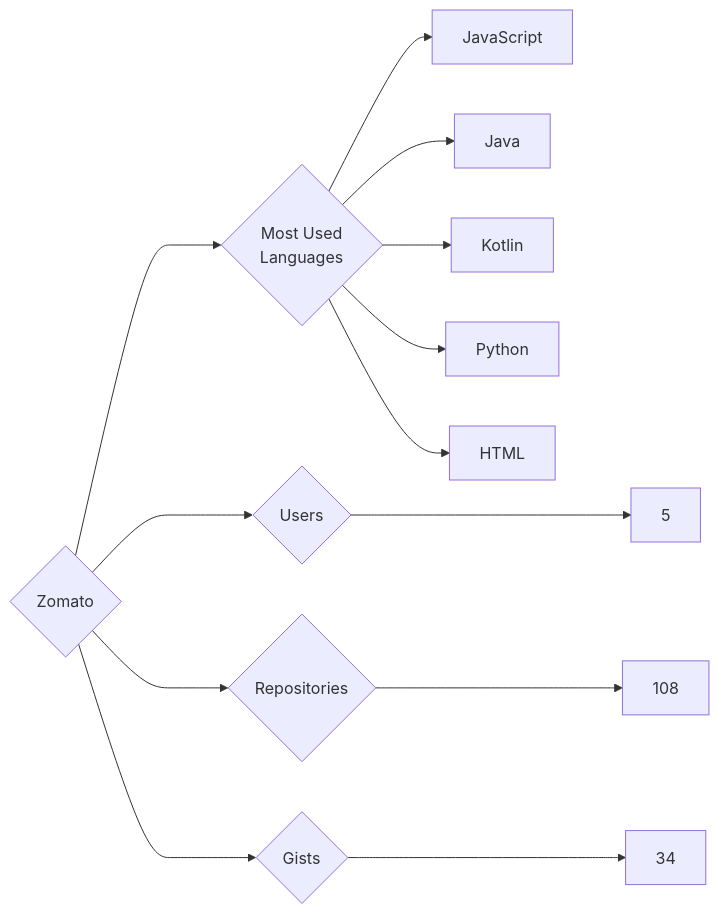
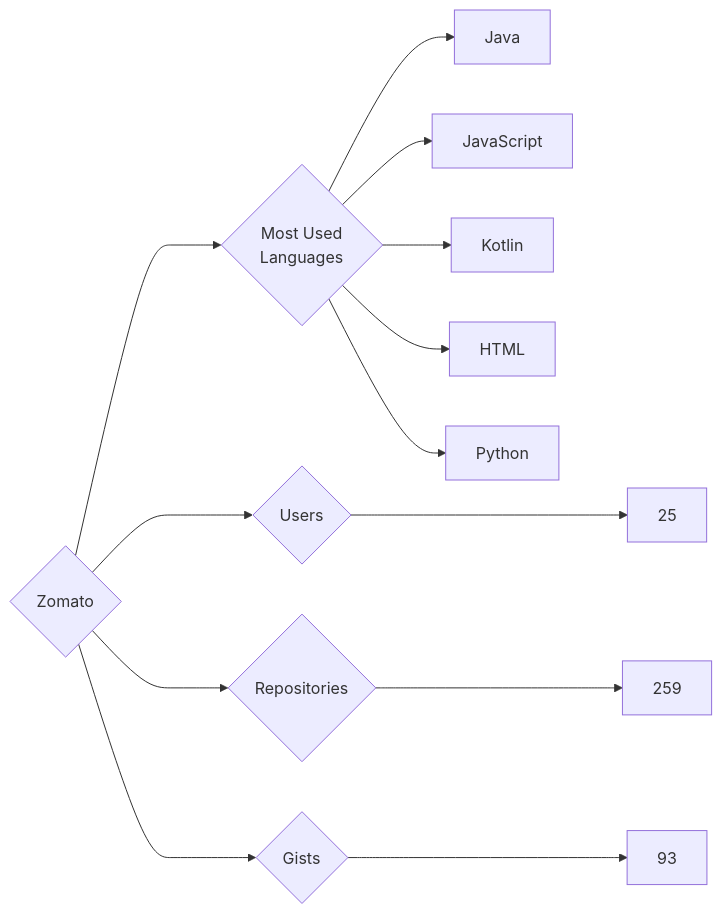
One commit to trickest/insiders changed the diagram in targets/Zomato/README.md. Above: the diagram before and after it, drawn with Mermaid. The commit also changed 976 other files, not shown here.

````diff
--- a/targets/Zomato/README.md
+++ b/targets/Zomato/README.md
@@ -3,13 +3,13 @@
 ```mermaid
 graph LR
 COMPANY_NAME{Zomato}
-COMPANY_NAME ---> U{Users} ---> UN[5]
-COMPANY_NAME ---> R{Repositories} ---> RN[108]
-COMPANY_NAME ---> G{Gists} ---> GN[34]
+COMPANY_NAME ---> U{Users} ---> UN[25]
+COMPANY_NAME ---> R{Repositories} ---> RN[259]
+COMPANY_NAME ---> G{Gists} ---> GN[93]
 COMPANY_NAME ---> ML{Most Used<br>Languages}
+ML --> Java[Java]
 ML --> JavaScript[JavaScript]
-ML --> Java[Java]
 ML --> Kotlin[Kotlin]
+ML --> HTML[HTML]
 ML --> Python[Python]
-ML --> HTML[HTML]
 ```
````
